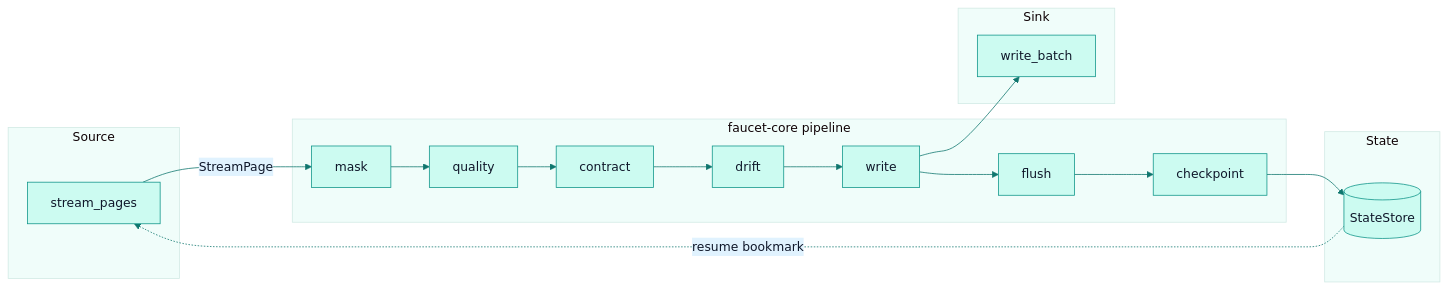
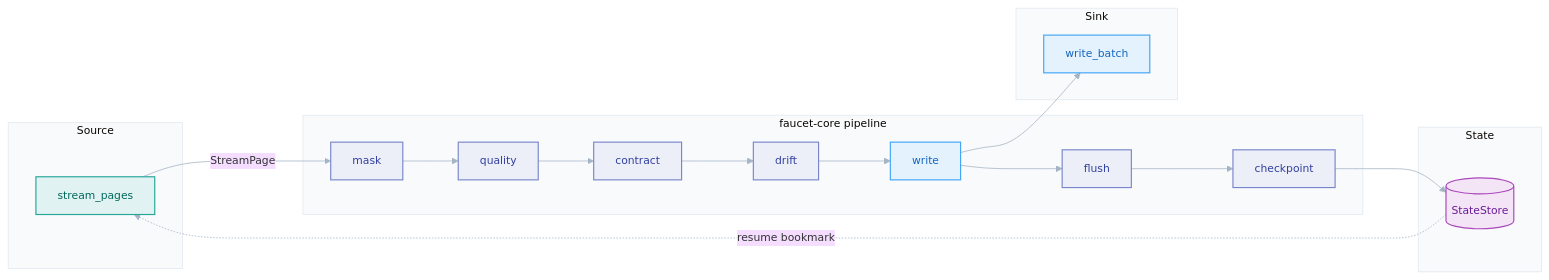
Before and after one commit to PawanSikawat/faucet-stream: the first of 2 diagrams in docs/architecture/overview.md, drawn with Mermaid. The commit also changed other lines of this file and 28 other files, not shown here.

First line of the commit message:
docs: upgrade Mermaid diagrams to V2 role-coded style

````diff
--- a/docs/architecture/overview.md
+++ b/docs/architecture/overview.md
@@ -19,21 +19,29 @@
 ```mermaid
-%%{init: {'theme':'base','themeVariables':{'primaryColor':'#ccfbf1','primaryTextColor':'#0f172a','primaryBorderColor':'#0d9488','lineColor':'#0f766e','secondaryColor':'#e0f2fe','tertiaryColor':'#f0fdfa','fontFamily':'-apple-system,BlinkMacSystemFont,Segoe UI,sans-serif'}}}%%
+%%{init: {'theme':'base','flowchart':{'curve':'basis','nodeSpacing':50,'rankSpacing':72,'padding':14},'themeVariables':{'fontFamily':'-apple-system,BlinkMacSystemFont,Segoe UI,sans-serif','fontSize':'14px','lineColor':'#a5b4c4','clusterBkg':'#f8fafc','clusterBorder':'#e2e8f0'}}}%%
 flowchart LR
     subgraph Source
       SP[stream_pages]
     end
     subgraph Core[faucet-core pipeline]
       MK[mask] --> QL[quality] --> CT[contract] --> DR[drift] --> WR[write]
       WR --> FL[flush] --> CK[checkpoint]
     end
     subgraph Sink
       WB[write_batch]
     end
     subgraph State
       SS[(StateStore)]
     end
     SP -->|StreamPage| MK
     WR --> WB
     CK --> SS
     SS -.resume bookmark.-> SP
+    classDef src fill:#e0f2f1,stroke:#26a69a,stroke-width:1.5px,color:#00695c
+    classDef proc fill:#eceff8,stroke:#7986cb,stroke-width:1.5px,color:#303f9f
+    classDef store fill:#f3e5f5,stroke:#ab47bc,stroke-width:1.5px,color:#6a1b9a
+    classDef sink fill:#e3f2fd,stroke:#42a5f5,stroke-width:1.5px,color:#1565c0
+    class SP src
+    class MK,QL,CT,DR,FL,CK proc
+    class SS store
+    class WR,WB sink
 ```
````
